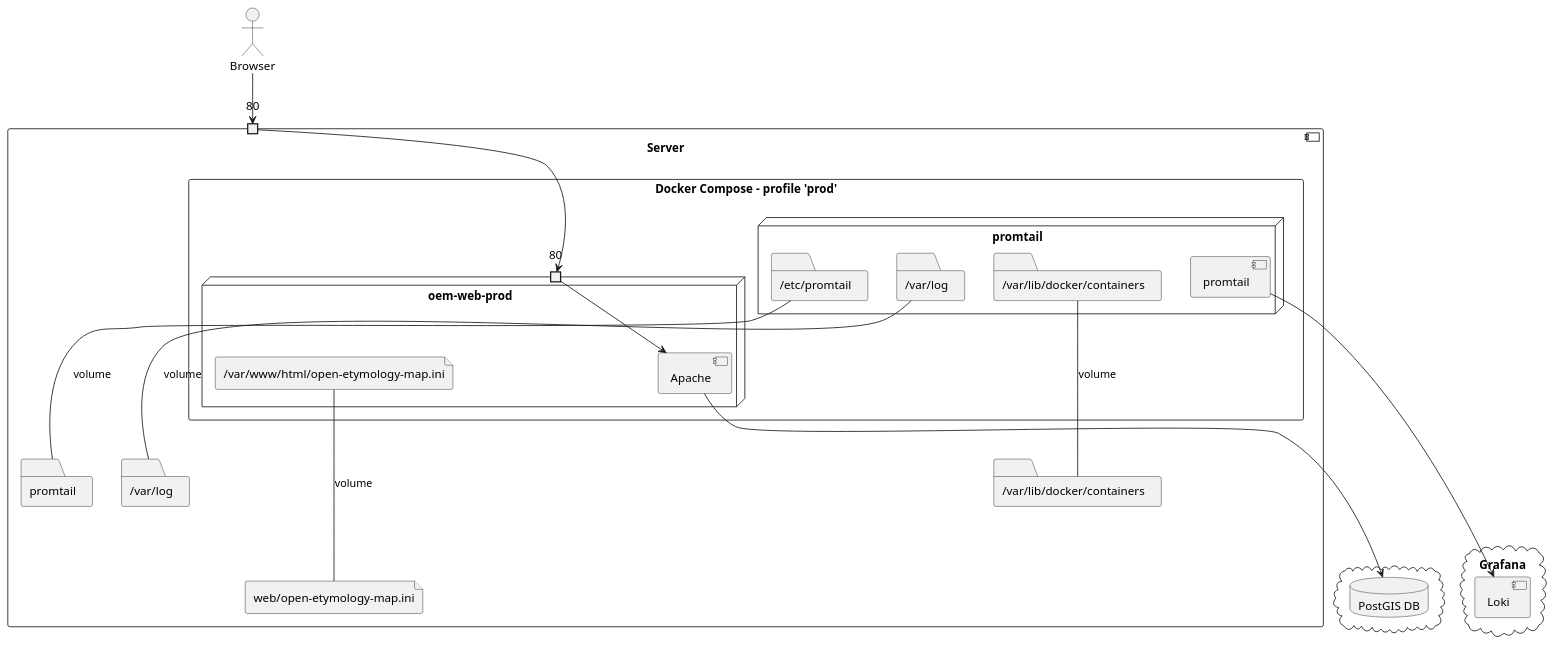
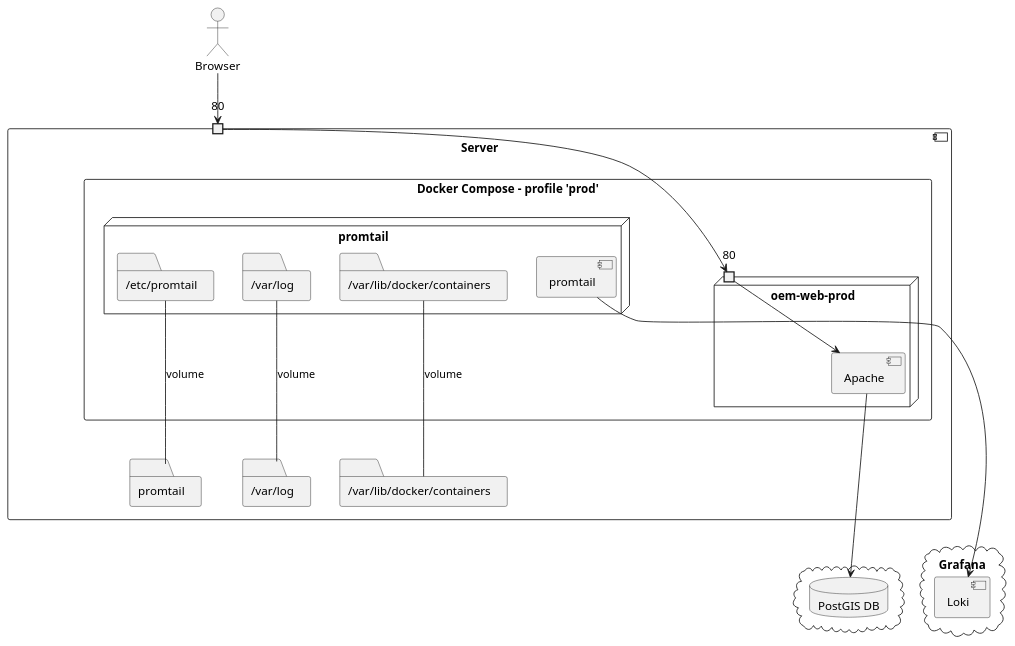
One commit to Danysan1/osm-wikidata-map-framework changed the diagram in images/prod_deployment.plantuml. Above: the diagram before and after it, drawn with PlantUML. The commit also changed 39 other files, not shown here.

Commit message:
web/open-etymology-map.ini => .env

```diff
--- a/images/prod_deployment.plantuml
+++ b/images/prod_deployment.plantuml
@@ -1,45 +1,42 @@
 @startuml prod_deployment
 
 component Server {
   port "80" as 80docker
   rectangle "Docker Compose - profile 'prod'" as docker {
     node promtail {
       component promtail as promInst
       folder "/etc/promtail" as promRem
       folder "/var/log" as logRem
       folder "/var/lib/docker/containers" as contRem
     }
     node "oem-web-prod" {
       port "80" as 80webProd
       component Apache
-      file "/var/www/html/open-etymology-map.ini" as iniRem
     }
   }
-  file "web/open-etymology-map.ini" as iniLoc
   folder "promtail" as promLoc
   folder "/var/log" as logLoc
   folder "/var/lib/docker/containers" as contLoc
 }
 cloud Grafana {
   component Loki
 }
 actor Browser
 cloud {
   database "PostGIS DB" as db
 }
 
-iniRem --- iniLoc : volume
 promRem --- promLoc : volume
 logRem --- logLoc : volume
 contRem --- contLoc : volume
 
 Apache ---> db
 
 Browser --> 80docker
 
 80docker --> 80webProd
 
 80webProd --> Apache
 promInst ----> Loki
 
 @enduml
```
